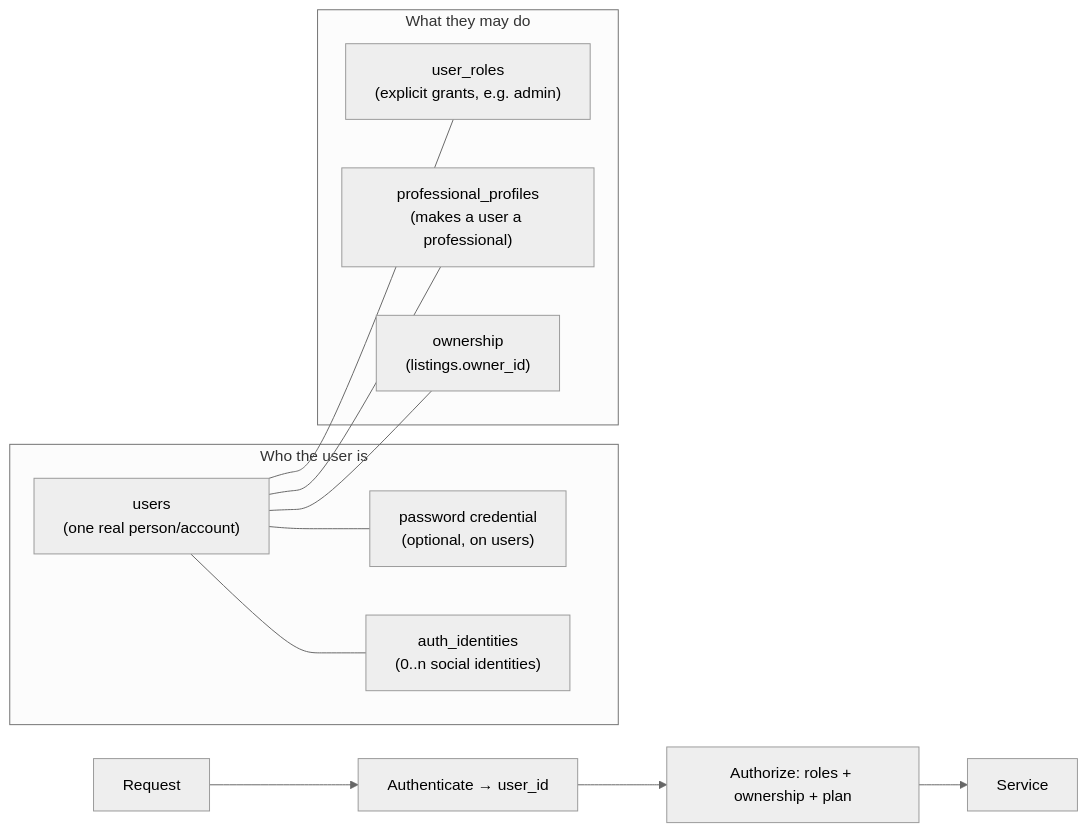
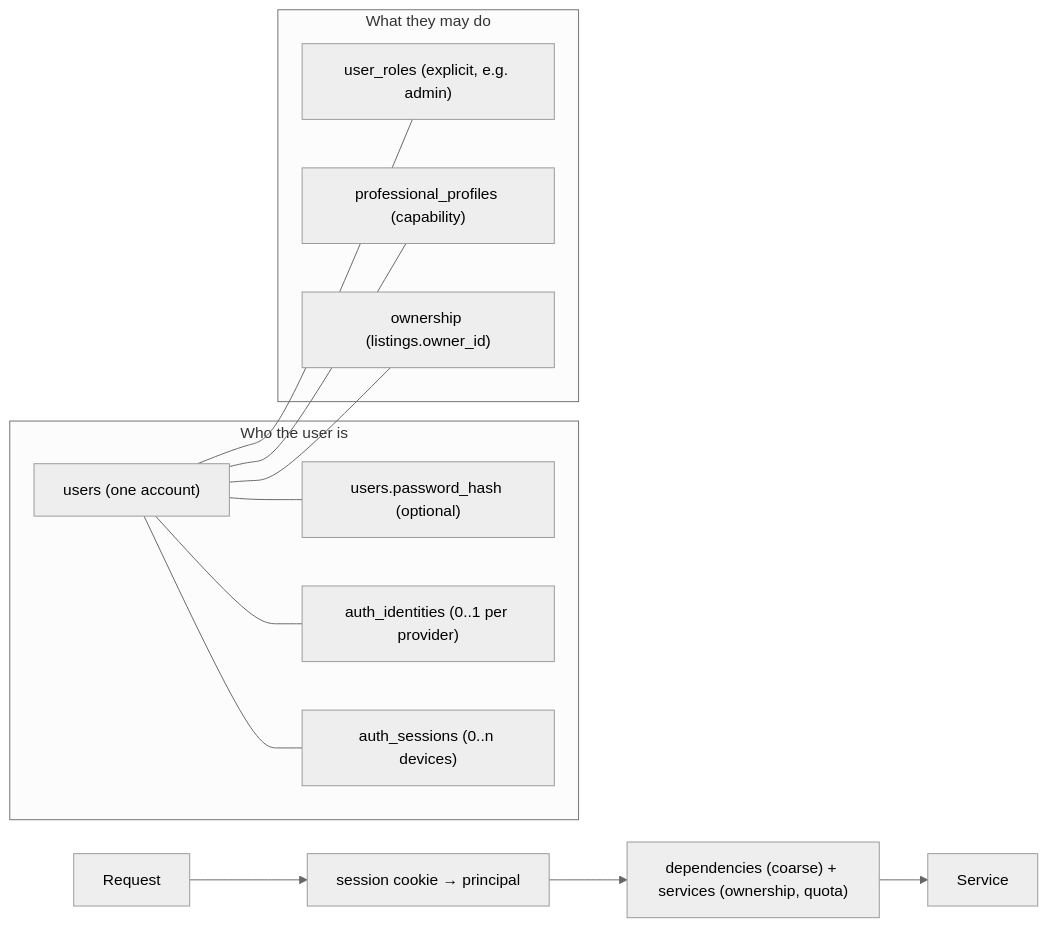
One commit to shahGcode437/B17-Portal changed the diagram in docs/backend/AUTH_RBAC.md. Above: the diagram before and after it, drawn with Mermaid (neutral theme). The commit also changed other lines of this file and 7 other files, not shown here.

Commit message:
Phase 11A: freeze authentication security architecture

````diff
--- a/docs/backend/AUTH_RBAC.md
+++ b/docs/backend/AUTH_RBAC.md
@@ -19,19 +52,16 @@
 ```mermaid
 flowchart LR
   subgraph Identity["Who the user is"]
-    U["users<br/>(one real person/account)"]
-    P["password credential<br/>(optional, on users)"]
-    I["auth_identities<br/>(0..n social identities)"]
+    U["users (one account)"]
+    P["users.password_hash (optional)"]
+    I["auth_identities (0..1 per provider)"]
+    S["auth_sessions (0..n devices)"]
   end
   subgraph Authz["What they may do"]
-    R["user_roles<br/>(explicit grants, e.g. admin)"]
-    PP["professional_profiles<br/>(makes a user a professional)"]
-    O["ownership<br/>(listings.owner_id)"]
+    R["user_roles (explicit, e.g. admin)"]
+    PP["professional_profiles (capability)"]
+    O["ownership (listings.owner_id)"]
   end
-  U --- P
-  U --- I
-  U --- R
-  U --- PP
-  U --- O
-  Req["Request"] --> Authn["Authenticate → user_id"] --> Authz2["Authorize: roles + ownership + plan"] --> Svc["Service"]
+  U --- P & I & S & R & PP & O
+  Req["Request"] --> Authn["session cookie → principal"] --> Authz2["dependencies (coarse) + services (ownership, quota)"] --> Svc["Service"]
 ```
````
